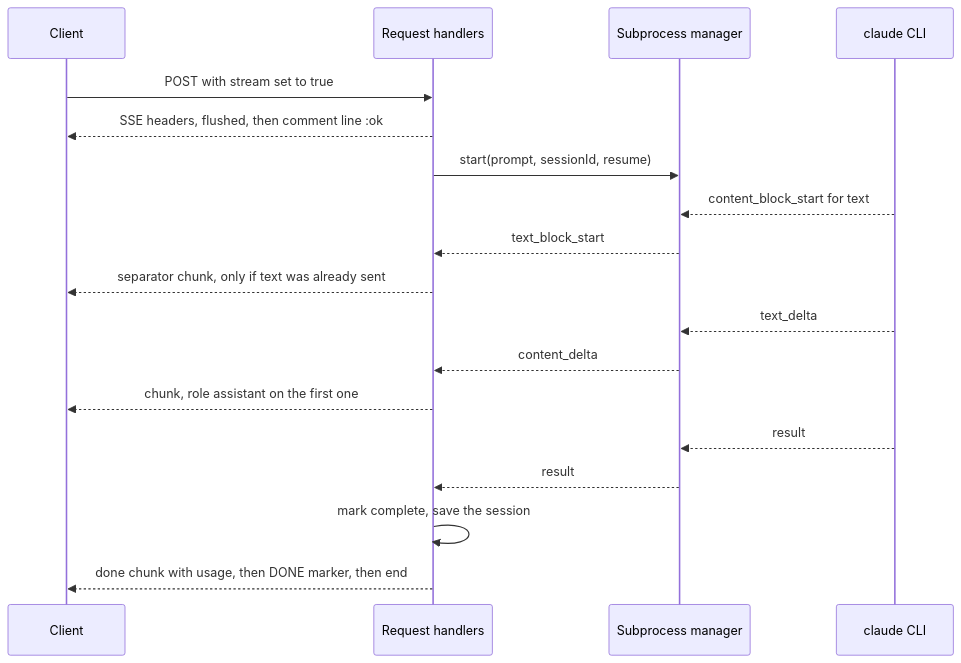
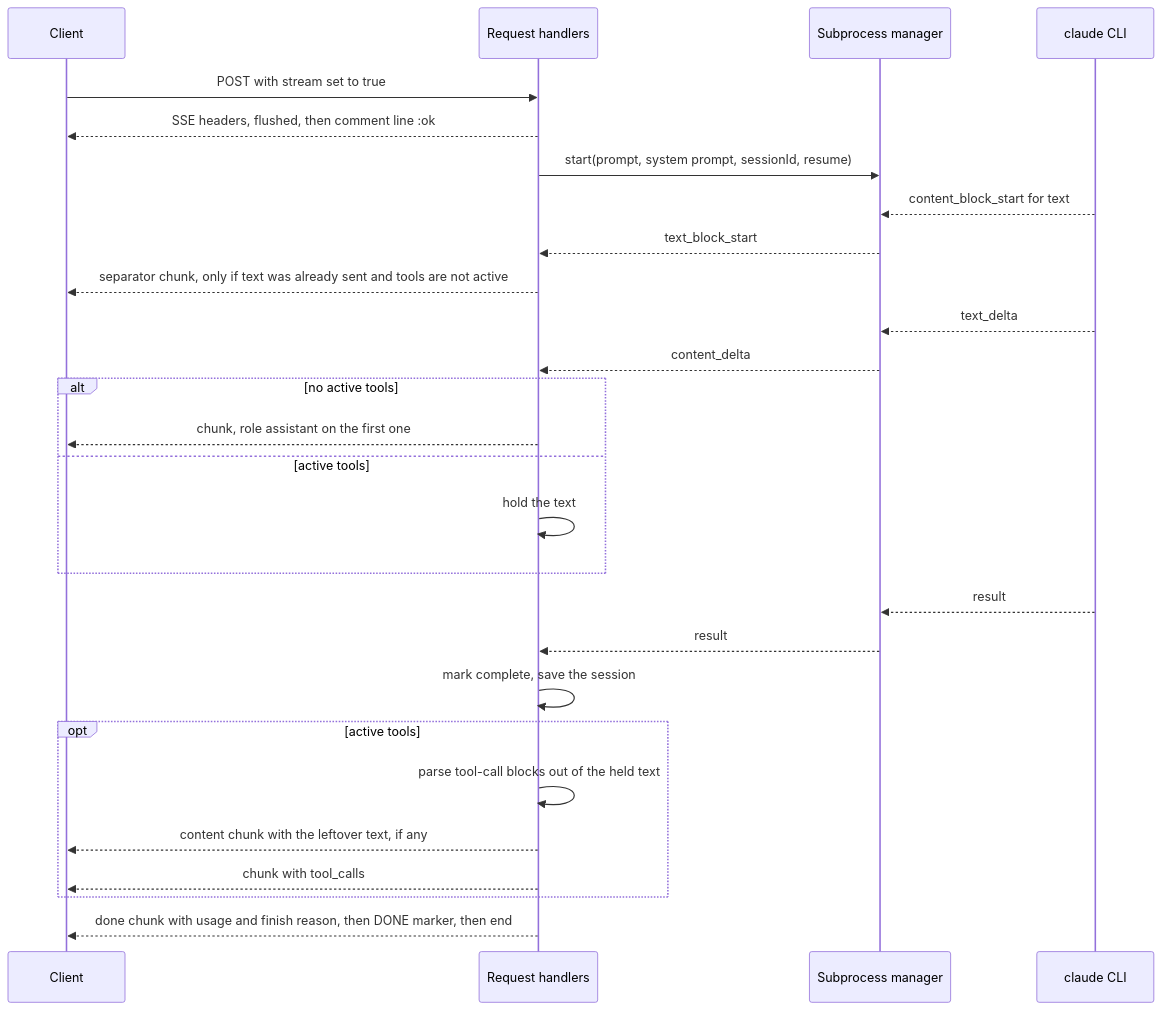
One commit to jameshskoh/claude-max-api-proxy changed the third of 4 diagrams in docs/WORKFLOW.md. Above: the diagram before and after it, drawn with Mermaid. The commit also changed other lines of this file and 22 other files, not shown here.

First line of the commit message:
fix: run the CLI as a plain LLM and return client tool calls

````diff
--- a/docs/WORKFLOW.md
+++ b/docs/WORKFLOW.md
@@ -140,20 +142,29 @@
 ```mermaid
 sequenceDiagram
   participant C as Client
   participant R as Request handlers
   participant S as Subprocess manager
   participant CLI as claude CLI
   C->>R: POST with stream set to true
   R-->>C: SSE headers, flushed, then comment line :ok
-  R->>S: start(prompt, sessionId, resume)
+  R->>S: start(prompt, system prompt, sessionId, resume)
   CLI-->>S: content_block_start for text
   S-->>R: text_block_start
-  R-->>C: separator chunk, only if text was already sent
+  R-->>C: separator chunk, only if text was already sent and tools are not active
   CLI-->>S: text_delta
   S-->>R: content_delta
-  R-->>C: chunk, role assistant on the first one
+  alt no active tools
+    R-->>C: chunk, role assistant on the first one
+  else active tools
+    R->>R: hold the text
+  end
   CLI-->>S: result
   S-->>R: result
   R->>R: mark complete, save the session
-  R-->>C: done chunk with usage, then DONE marker, then end
+  opt active tools
+    R->>R: parse tool-call blocks out of the held text
+    R-->>C: content chunk with the leftover text, if any
+    R-->>C: chunk with tool_calls
+  end
+  R-->>C: done chunk with usage and finish reason, then DONE marker, then end
 ```
````
